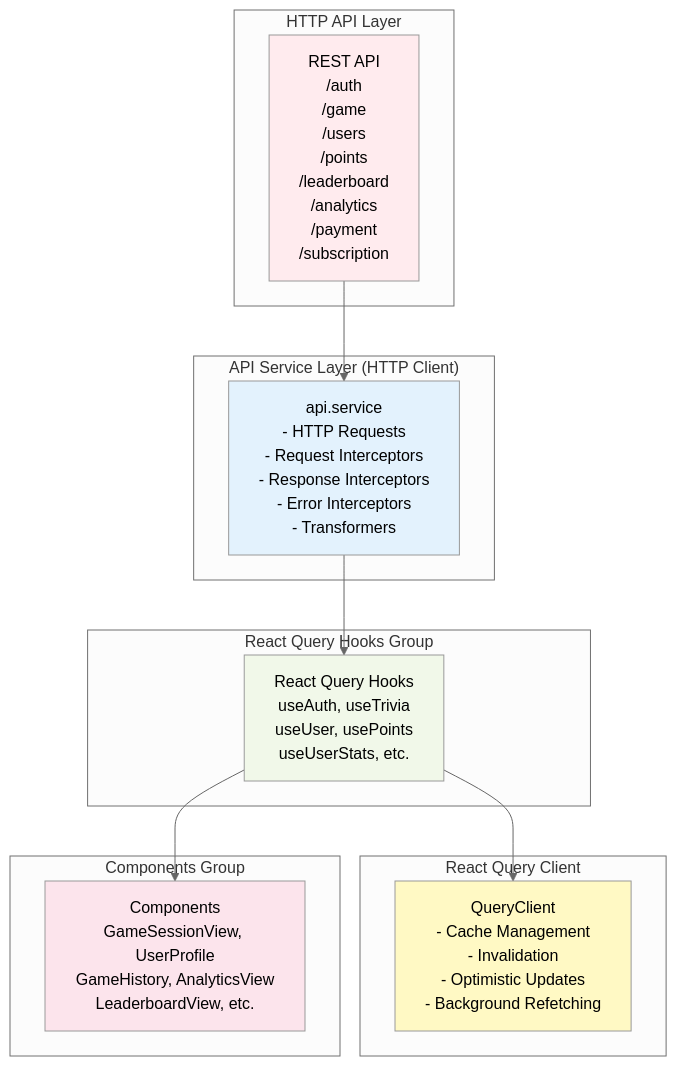
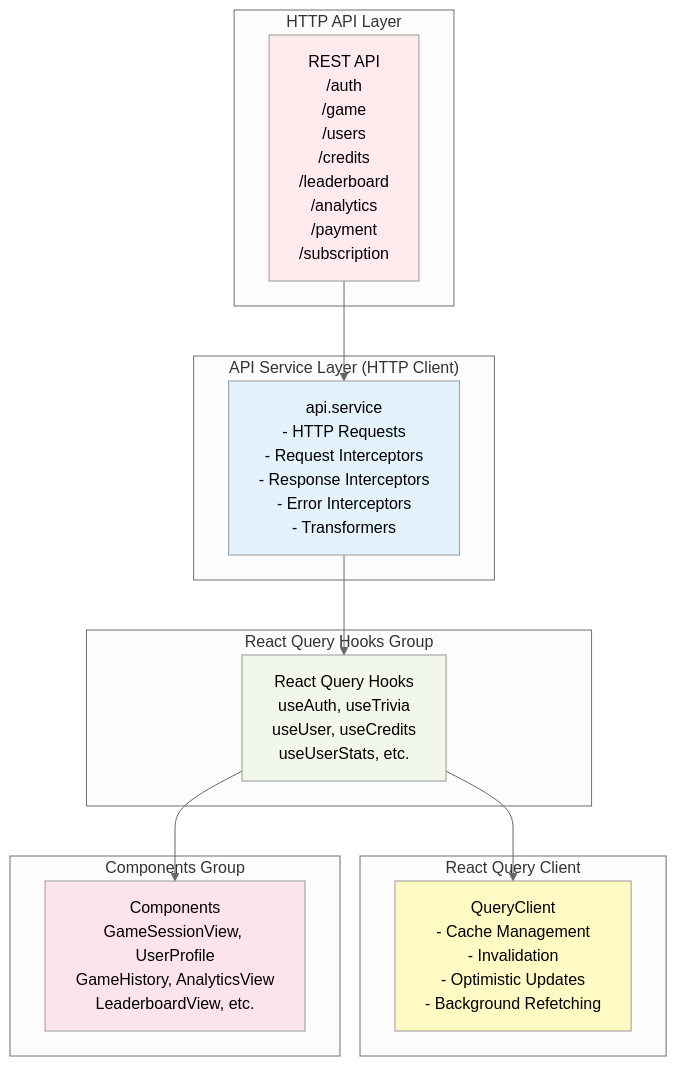
Diagram 26 of 28 in docs/DIAGRAMS.md (IsraelRub/EveryTriv), drawn with Mermaid (neutral theme) before and after one commit. The commit also changed other lines of this file and 600 other files, not shown here.

Commit message:
feat: add multiplayer game mode, migrate from points to credits system, reorganize components, and rename AI providers

````diff
--- a/docs/DIAGRAMS.md
+++ b/docs/DIAGRAMS.md
@@ -1699,33 +1733,33 @@
 ```mermaid
 graph TB
     subgraph "HTTP API Layer"
-        API[REST API<br/>/auth<br/>/game<br/>/users<br/>/points<br/>/leaderboard<br/>/analytics<br/>/payment<br/>/subscription]
+        API[REST API<br/>/auth<br/>/game<br/>/users<br/>/credits<br/>/leaderboard<br/>/analytics<br/>/payment<br/>/subscription]
     end
 
     subgraph "API Service Layer (HTTP Client)"
         AS[api.service<br/>- HTTP Requests<br/>- Request Interceptors<br/>- Response Interceptors<br/>- Error Interceptors<br/>- Transformers]
     end
 
     subgraph "React Query Client"
         QC[QueryClient<br/>- Cache Management<br/>- Invalidation<br/>- Optimistic Updates<br/>- Background Refetching]
     end
 
     subgraph "React Query Hooks Group"
-        RQ_ALL[React Query Hooks<br/>useAuth, useTrivia<br/>useUser, usePoints<br/>useUserStats, etc.]
+        RQ_ALL[React Query Hooks<br/>useAuth, useTrivia<br/>useUser, useCredits<br/>useUserStats, etc.]
     end
 
     subgraph "Components Group"
         COMPS[Components<br/>GameSessionView, UserProfile<br/>GameHistory, AnalyticsView<br/>LeaderboardView, etc.]
     end
 
     API --> AS
     AS --> RQ_ALL
     RQ_ALL --> QC
     RQ_ALL --> COMPS
 
     style API fill:#ffebee,color:#000000
     style AS fill:#e3f2fd,color:#000000
     style QC fill:#fff9c4,color:#000000
     style RQ_ALL fill:#f1f8e9,color:#000000
     style COMPS fill:#fce4ec,color:#000000
 ```
````
